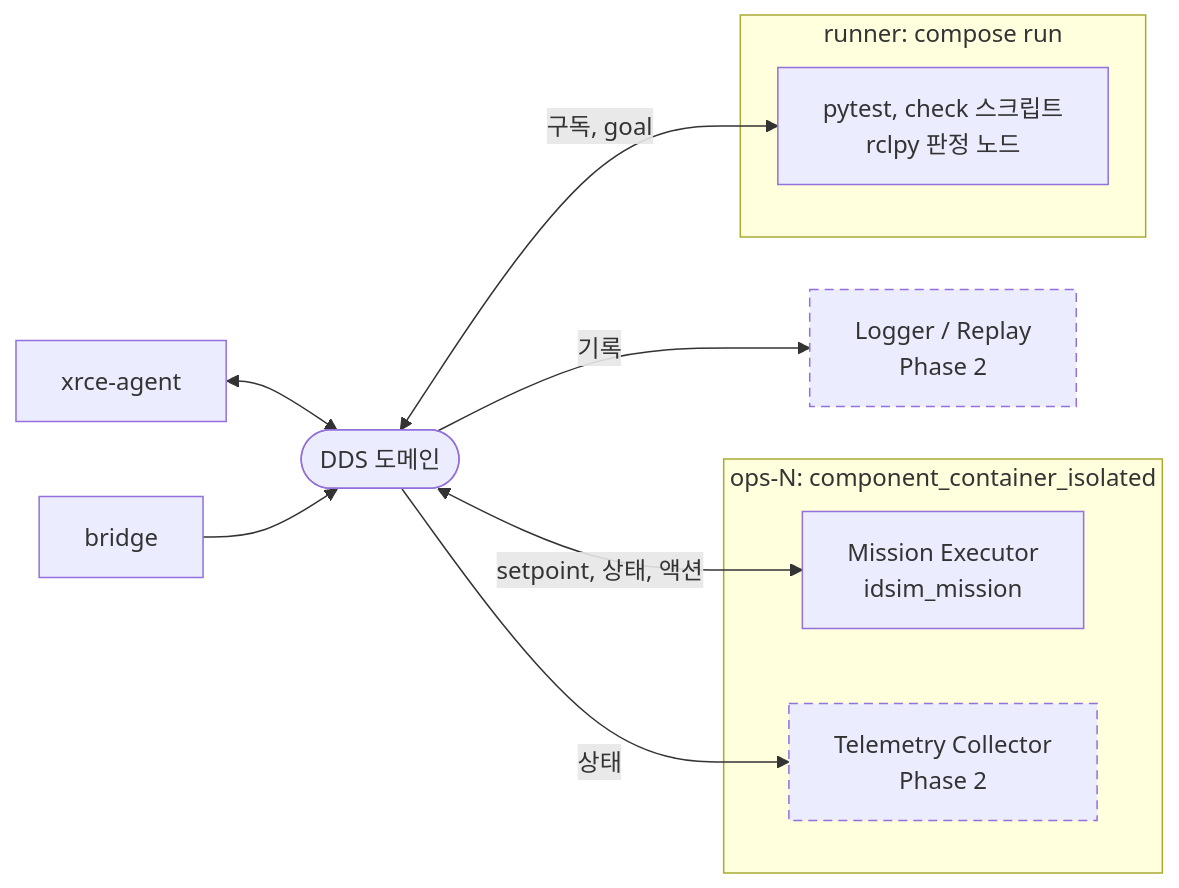
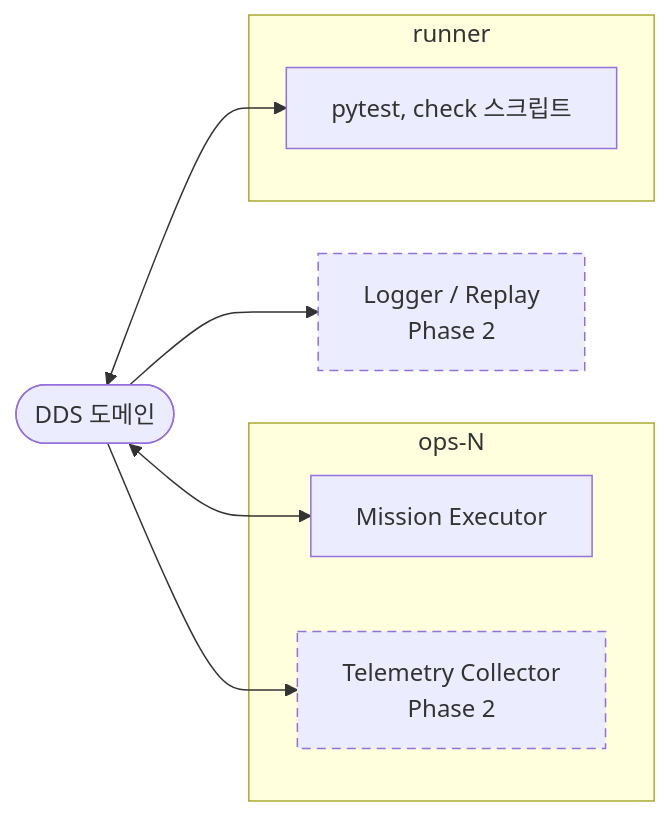
Before and after one commit to danielhongwoo/idsim: the fifth of 8 diagrams in docs/architecture.md, drawn with Mermaid. The commit also changed other lines of this file and 1 other file, not shown here.

First line of the commit message:
architecture.md의 모든 그림을 더 작은 기준으로 다시 나눔

````diff
--- a/docs/architecture.md
+++ b/docs/architecture.md
@@ -284,24 +283,20 @@
 ```mermaid
 flowchart LR
-  AG2["xrce-agent"]
-  BR2["bridge"]
   DDS2(["DDS 도메인"])
-  subgraph OPSC["ops-N: component_container_isolated"]
-    ME["Mission Executor<br/>idsim_mission"]
+  subgraph OPSC["ops-N"]
+    ME["Mission Executor"]
     TC["Telemetry Collector<br/>Phase 2"]
   end
-  subgraph RUNC["runner: compose run"]
-    RUNP["pytest, check 스크립트<br/>rclpy 판정 노드"]
+  subgraph RUNC["runner"]
+    RUNP["pytest, check 스크립트"]
   end
   LOG["Logger / Replay<br/>Phase 2"]
 
-  AG2 <--> DDS2
-  BR2 --> DDS2
-  DDS2 <-->|"setpoint, 상태, 액션"| ME
-  DDS2 -->|"상태"| TC
-  DDS2 <-->|"구독, goal"| RUNP
-  DDS2 -->|"기록"| LOG
+  DDS2 <--> ME
+  DDS2 --> TC
+  DDS2 <--> RUNP
+  DDS2 --> LOG
 
   classDef later stroke-dasharray: 6 4
   class TC,LOG later
 ```
````
